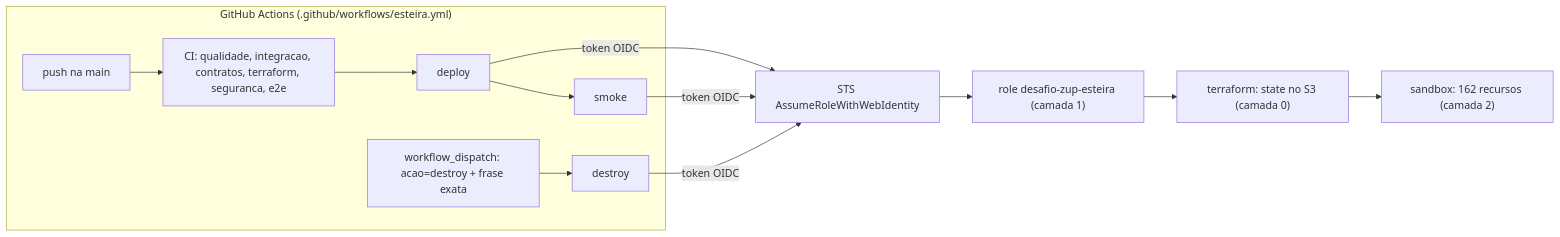
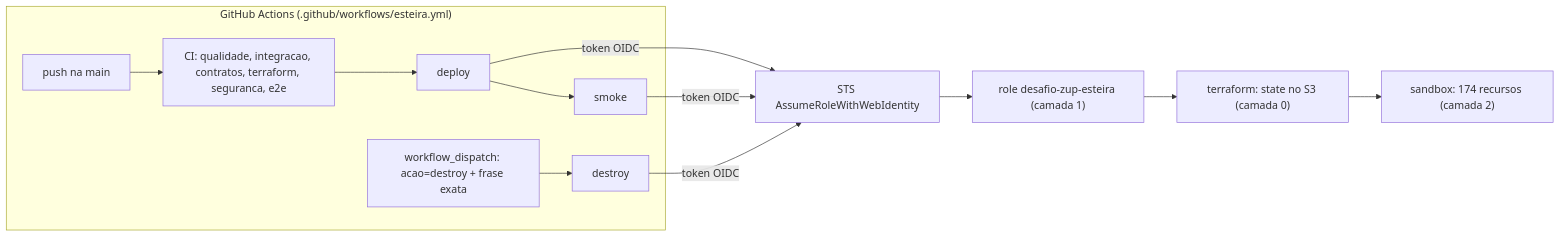
Before and after one commit to giovanedms/desafio-zup: the diagram in docs/operacao/infraestrutura.md, drawn with Mermaid. The commit also changed other lines of this file and 25 other files, not shown here.

First line of the commit message:
Revisão final da banca: diagrama de sequência, inventário recontado e citações dentro do ZIP

````diff
--- a/docs/operacao/infraestrutura.md
+++ b/docs/operacao/infraestrutura.md
@@ -17,14 +17,14 @@
 ```mermaid
 flowchart LR
   subgraph GH["GitHub Actions (.github/workflows/esteira.yml)"]
     PUSH["push na main"] --> CI["CI: qualidade, integracao, contratos, terraform, seguranca, e2e"]
     CI --> DEP["deploy"] --> SMK["smoke"]
     DISP["workflow_dispatch: acao=destroy + frase exata"] --> DES["destroy"]
   end
   DEP -->|"token OIDC"| STS["STS AssumeRoleWithWebIdentity"]
   SMK -->|"token OIDC"| STS
   DES -->|"token OIDC"| STS
   STS --> ROLE["role desafio-zup-esteira (camada 1)"]
   ROLE --> TF["terraform: state no S3 (camada 0)"]
-  TF --> SBX["sandbox: 162 recursos (camada 2)"]
+  TF --> SBX["sandbox: 174 recursos (camada 2)"]
 ```
````
